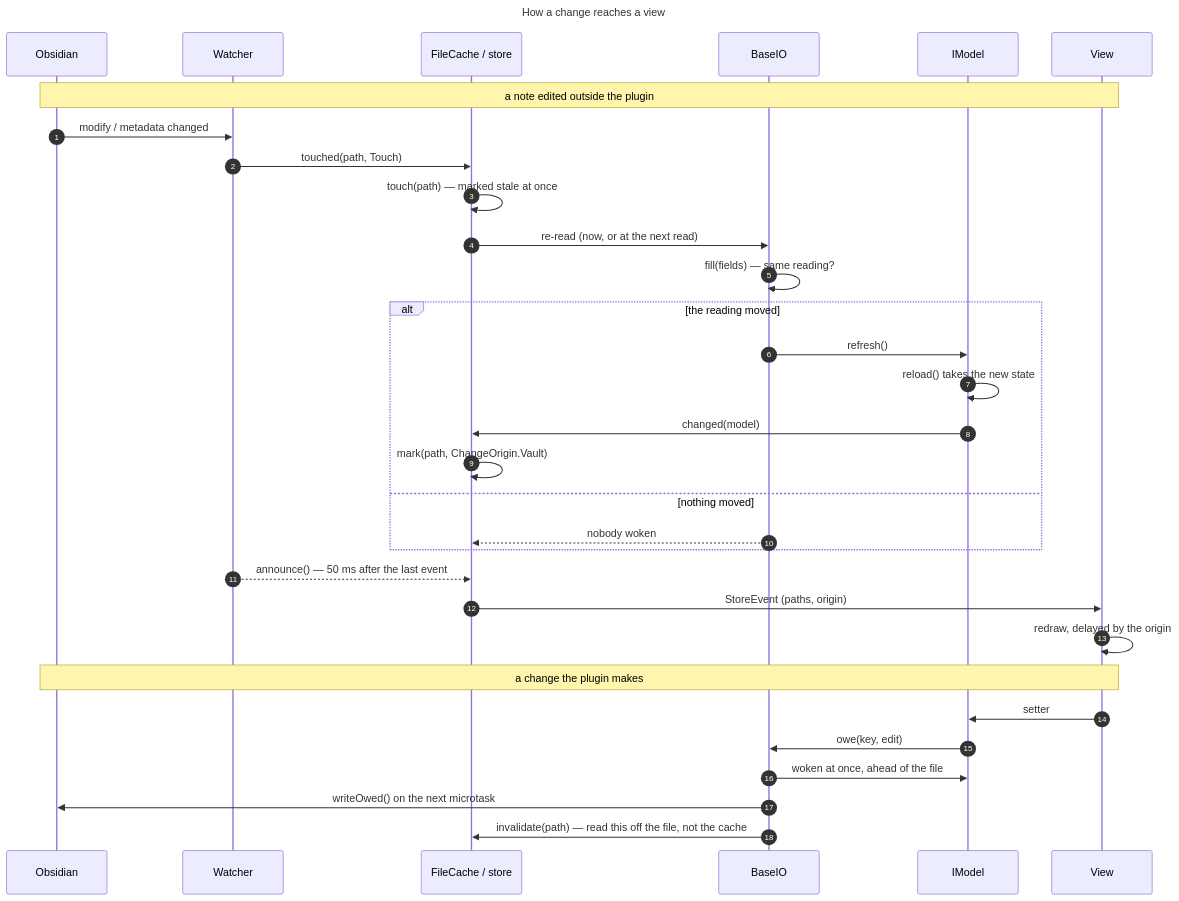
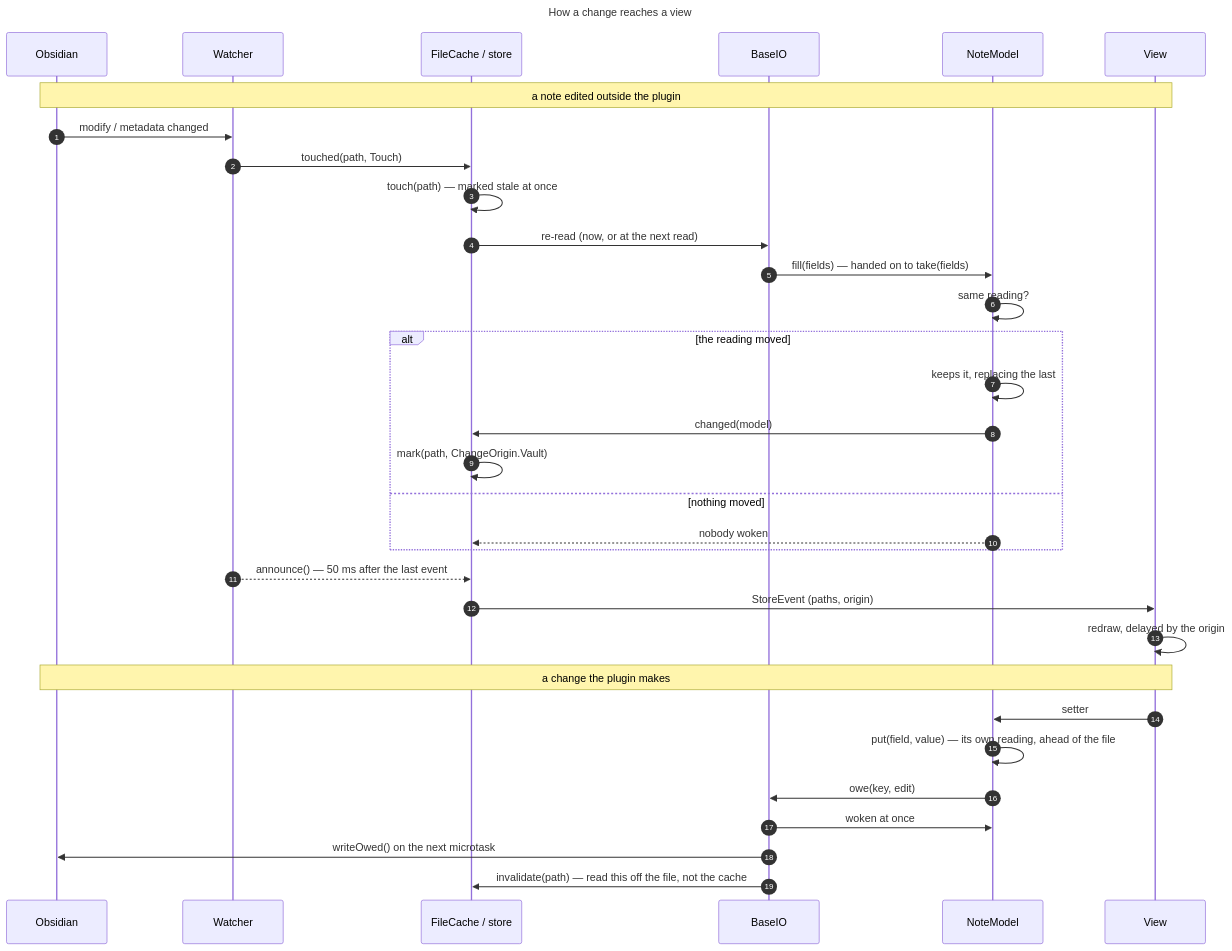
Before and after one commit to Laurent-Ferier/pm-compass: the diagram in docs/technical/diagrams/change-flow.mmd, drawn with Mermaid. The commit also changed 30 other files, not shown here.

```diff
--- a/docs/technical/diagrams/change-flow.mmd
+++ b/docs/technical/diagrams/change-flow.mmd
@@ -1,36 +1,37 @@
 ---
 title: How a change reaches a view
 ---
 sequenceDiagram
   autonumber
   participant Obsidian
   participant Watcher
   participant Store as FileCache / store
   participant File as BaseIO
-  participant Model as IModel
+  participant Model as NoteModel
   participant View
 
   Note over Obsidian,View: a note edited outside the plugin
   Obsidian->>Watcher: modify / metadata changed
   Watcher->>Store: touched(path, Touch)
   Store->>Store: touch(path) — marked stale at once
   Store->>File: re-read (now, or at the next read)
-  File->>File: fill(fields) — same reading?
+  File->>Model: fill(fields) — handed on to take(fields)
+  Model->>Model: same reading?
   alt the reading moved
-    File->>Model: refresh()
-    Model->>Model: reload() takes the new state
+    Model->>Model: keeps it, replacing the last
     Model->>Store: changed(model)
     Store->>Store: mark(path, ChangeOrigin.Vault)
   else nothing moved
-    File-->>Store: nobody woken
+    Model-->>Store: nobody woken
   end
   Watcher-->>Store: announce() — 50 ms after the last event
   Store->>View: StoreEvent (paths, origin)
   View->>View: redraw, delayed by the origin
 
   Note over View,Obsidian: a change the plugin makes
   View->>Model: setter
+  Model->>Model: put(field, value) — its own reading, ahead of the file
   Model->>File: owe(key, edit)
-  File->>Model: woken at once, ahead of the file
+  File->>Model: woken at once
   File->>Obsidian: writeOwed() on the next microtask
   File->>Store: invalidate(path) — read this off the file, not the cache
```
